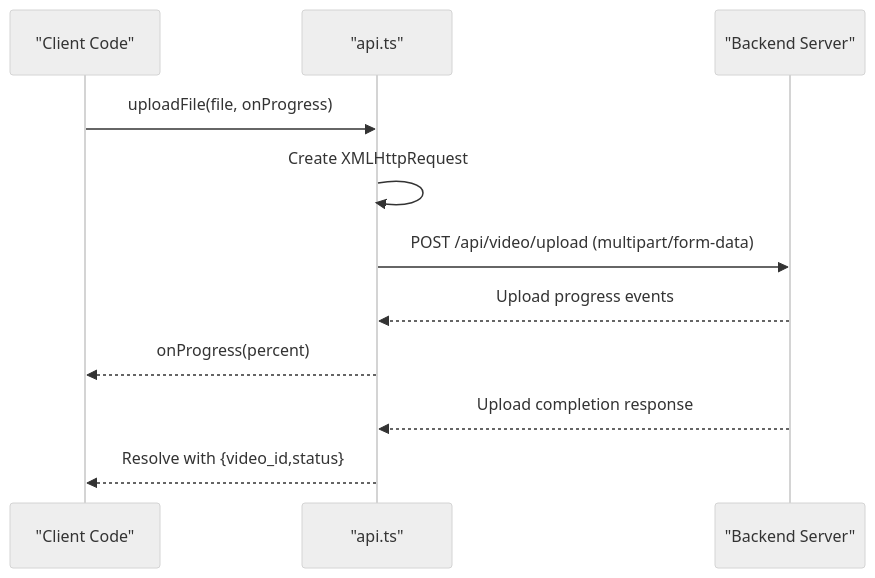
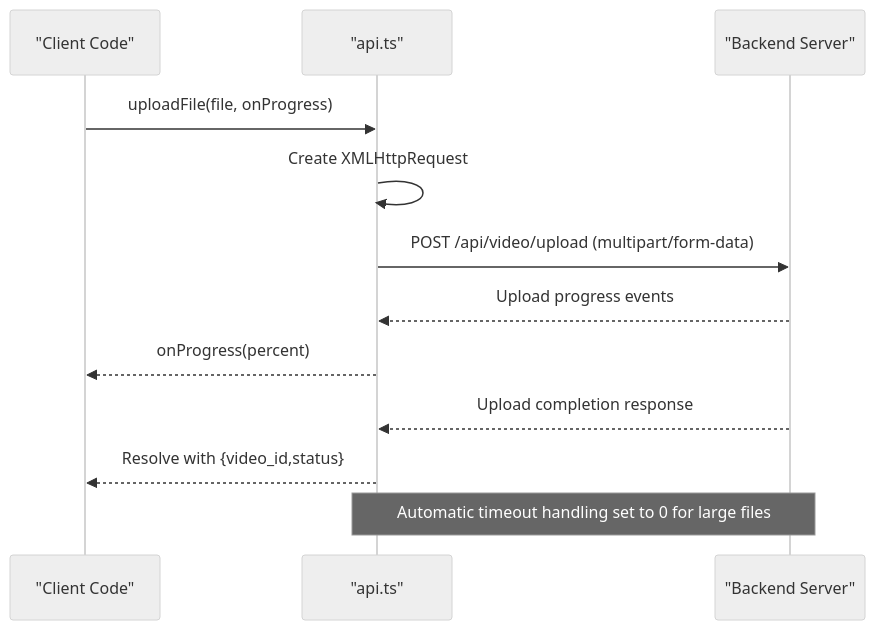
The fifth of 10 diagrams in .qoder/repowiki/en/content/Frontend Application/Frontend Application.md (alexandreybasta-cyber/dubai-media-ai), drawn with Mermaid (neutral theme) before and after one commit. The commit also changed other lines of this file and 20 other files, not shown here.

````diff
--- a/.qoder/repowiki/en/content/Frontend Application/Frontend Application.md
+++ b/.qoder/repowiki/en/content/Frontend Application/Frontend Application.md
@@ -278,13 +307,14 @@
 ```mermaid
 sequenceDiagram
 participant Client as "Client Code"
 participant API as "api.ts"
 participant Server as "Backend Server"
 Client->>API : uploadFile(file, onProgress)
 API->>API : Create XMLHttpRequest
 API->>Server : POST /api/video/upload (multipart/form-data)
 Server-->>API : Upload progress events
 API-->>Client : onProgress(percent)
 Server-->>API : Upload completion response
 API-->>Client : Resolve with {video_id,status}
+Note over API,Server : Automatic timeout handling set to 0 for large files
 ```
````
